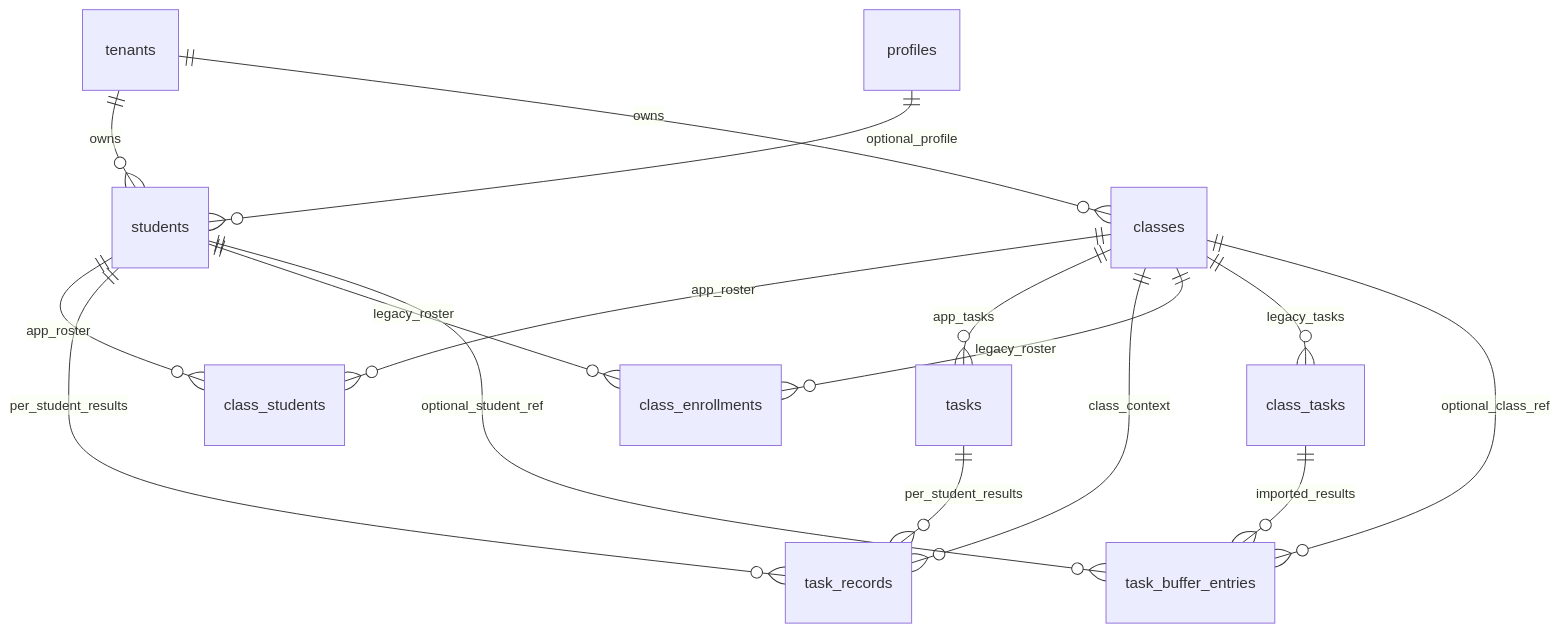
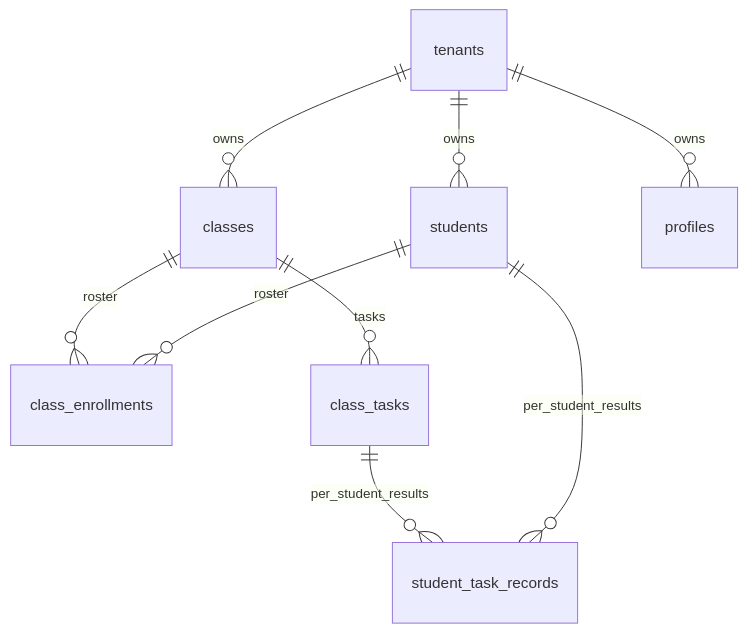
The first of 3 diagrams in docs/supabase-db-map.md (oscar010233-netizen/chienyi-talk), drawn with Mermaid before and after one commit. The commit also changed other lines of this file and 71 other files, not shown here.

````diff
--- a/docs/supabase-db-map.md
+++ b/docs/supabase-db-map.md
@@ -37,20 +33,13 @@
 ```mermaid
 erDiagram
   tenants ||--o{ students : owns
   tenants ||--o{ classes : owns
-  profiles ||--o{ students : optional_profile
+  tenants ||--o{ profiles : owns
 
-  classes ||--o{ class_students : app_roster
-  students ||--o{ class_students : app_roster
-  classes ||--o{ tasks : app_tasks
-  tasks ||--o{ task_records : per_student_results
-  students ||--o{ task_records : per_student_results
-  classes ||--o{ task_records : class_context
+  classes ||--o{ class_enrollments : roster
+  students ||--o{ class_enrollments : roster
 
-  classes ||--o{ class_enrollments : legacy_roster
-  students ||--o{ class_enrollments : legacy_roster
-  classes ||--o{ class_tasks : legacy_tasks
-  class_tasks ||--o{ task_buffer_entries : imported_results
-  students ||--o{ task_buffer_entries : optional_student_ref
-  classes ||--o{ task_buffer_entries : optional_class_ref
+  classes ||--o{ class_tasks : tasks
+  class_tasks ||--o{ student_task_records : per_student_results
+  students ||--o{ student_task_records : per_student_results
 ```
````
